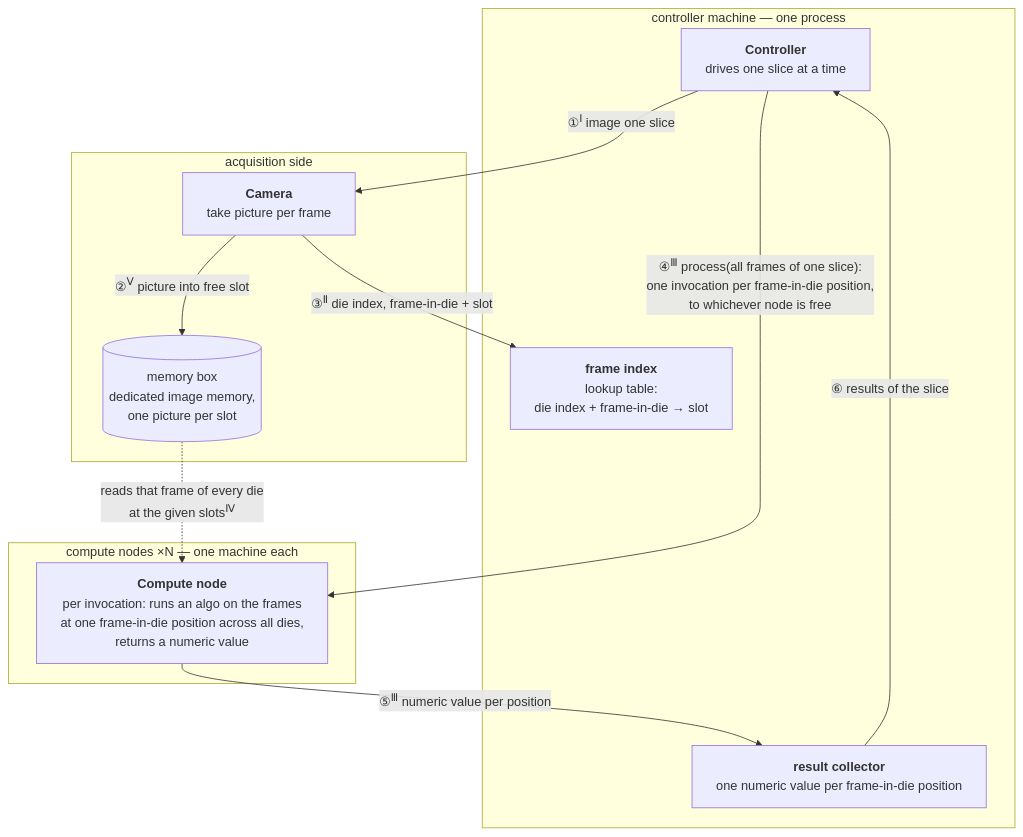
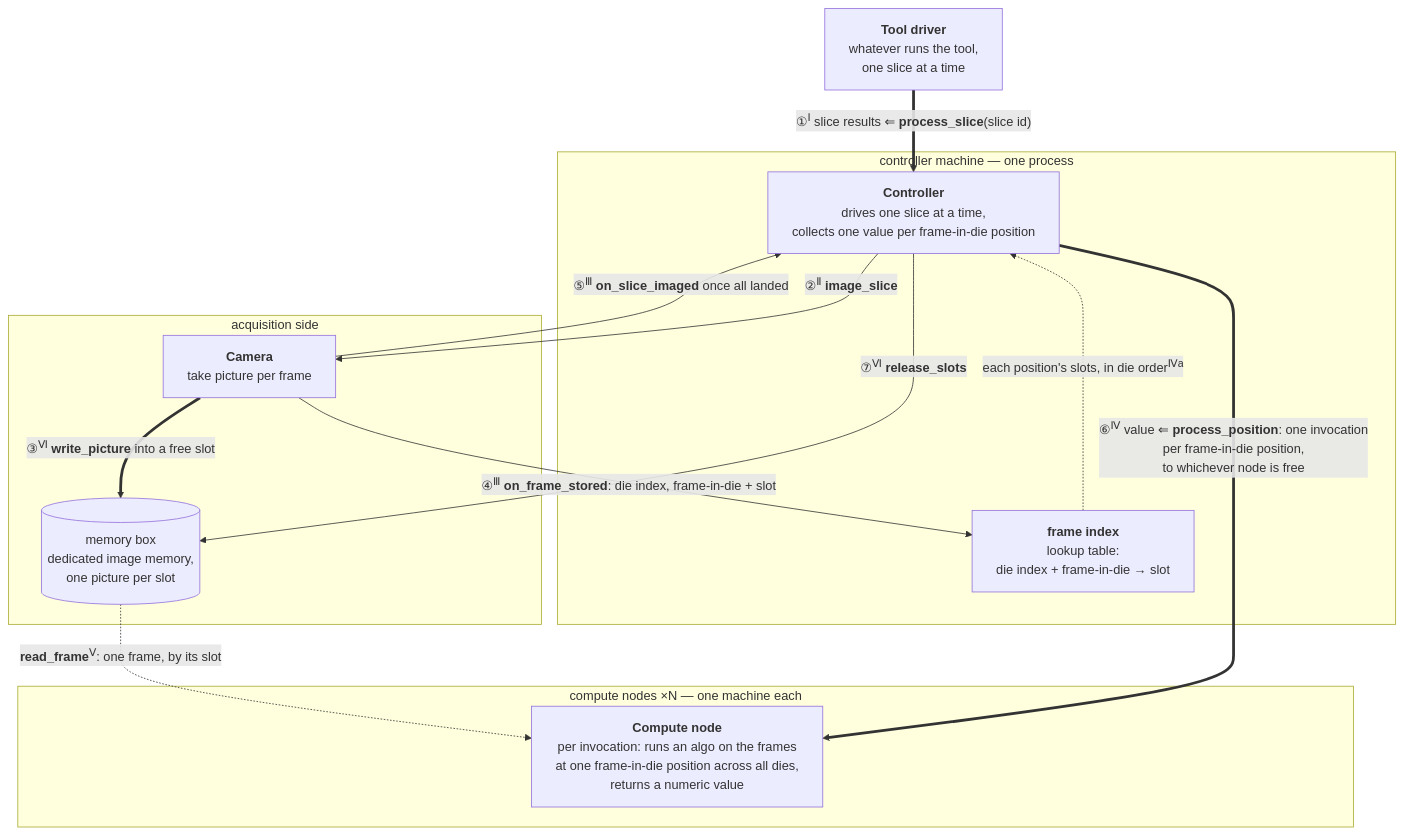
One commit to erancha/algorithm-controller changed the first of 2 diagrams in README.md. Above: the diagram before and after it, drawn with Mermaid. The commit also changed other lines of this file and 1 other file, not shown here.

First line of the commit message:
Introduce process_slice as the controller's public API and encode call semantics in the diagram

````diff
--- a/README.md
+++ b/README.md
@@ -52,23 +56,25 @@
 ```mermaid
 %%{init: {"flowchart": {"wrappingWidth": 400}}}%%
 flowchart TB
+    DRV[<b>Tool driver</b><br/>whatever runs the tool,<br/>one slice at a time]
     subgraph CTRLM[controller machine — one process]
-        CTRL[<b>Controller</b><br/>drives one slice at a time]
+        CTRL[<b>Controller</b><br/>drives one slice at a time,<br/>collects one value per frame-in-die position]
         IDX[<b>frame index</b><br/>lookup table:<br/>die index + frame-in-die → slot]
-        AGG[<b>result collector</b><br/>one numeric value per frame-in-die position]
     end
     subgraph ACQ[acquisition side]
         CAM[<b>Camera</b><br/>take picture per frame]
         MB[(memory box<br/>dedicated image memory,<br/>one picture per slot)]
-        CAM -- ②<sup>Ⅴ</sup>&nbsp;picture&nbsp;into&nbsp;free&nbsp;slot --> MB
     end
     subgraph NODES[compute nodes ×N — one machine each]
         CN[<b>Compute node</b><br/>per invocation: runs an algo on the frames<br/>at one frame-in-die position across all dies,<br/>returns a numeric value]
     end
-    CTRL -- ①<sup>Ⅰ</sup> image one slice --> CAM
-    CAM -- ③<sup>Ⅱ</sup>&nbsp;die&nbsp;index,&nbsp;frame#8209;in#8209;die&nbsp;+&nbsp;slot --> IDX
-    CTRL -- "④<sup>Ⅲ</sup>&nbsp;process(all&nbsp;frames&nbsp;of&nbsp;one&nbsp;slice):<br/>one&nbsp;invocation&nbsp;per&nbsp;frame#8209;in#8209;die&nbsp;position,<br/>to&nbsp;whichever&nbsp;node&nbsp;is&nbsp;free" --> CN
-    MB -. reads&nbsp;that&nbsp;frame&nbsp;of&nbsp;every&nbsp;die<br/>at&nbsp;the&nbsp;given&nbsp;slots<sup>Ⅳ</sup> .-> CN
-    CN -- ⑤<sup>Ⅲ</sup>&nbsp;numeric&nbsp;value&nbsp;per&nbsp;position --> AGG
-    AGG -- ⑥ results of the slice --> CTRL
+    DRV == "①<sup>Ⅰ</sup>&nbsp;slice&nbsp;results&nbsp;⇐&nbsp;<b>process_slice</b>(slice&nbsp;id)" ==> CTRL
+    CTRL -- "②<sup>Ⅱ</sup>&nbsp;<b>image_slice</b>" --> CAM
+    CAM == "③<sup>Ⅵ</sup>&nbsp;<b>write_picture</b>&nbsp;into&nbsp;a&nbsp;free&nbsp;slot" ==> MB
+    CAM -- "④<sup>Ⅲ</sup>&nbsp;<b>on_frame_stored</b>:&nbsp;die&nbsp;index,&nbsp;frame#8209;in#8209;die&nbsp;+&nbsp;slot" --> IDX
+    CAM -- "⑤<sup>Ⅲ</sup>&nbsp;<b>on_slice_imaged</b>&nbsp;once&nbsp;all&nbsp;landed" --> CTRL
+    IDX -. "each&nbsp;position's&nbsp;slots,&nbsp;in&nbsp;die&nbsp;order<sup>Ⅳa</sup>" .-> CTRL
+    CTRL == "⑥<sup>Ⅳ</sup>&nbsp;value&nbsp;⇐&nbsp;<b>process_position</b>:&nbsp;one&nbsp;invocation<br/>per&nbsp;frame#8209;in#8209;die&nbsp;position,<br/>to&nbsp;whichever&nbsp;node&nbsp;is&nbsp;free" ==> CN
+    MB -. "<b>read_frame</b><sup>Ⅴ</sup>:&nbsp;one&nbsp;frame,&nbsp;by&nbsp;its&nbsp;slot" .-> CN
+    CTRL -- "⑦<sup>Ⅵ</sup>&nbsp;<b>release_slots</b>" --> MB
 ```
````
